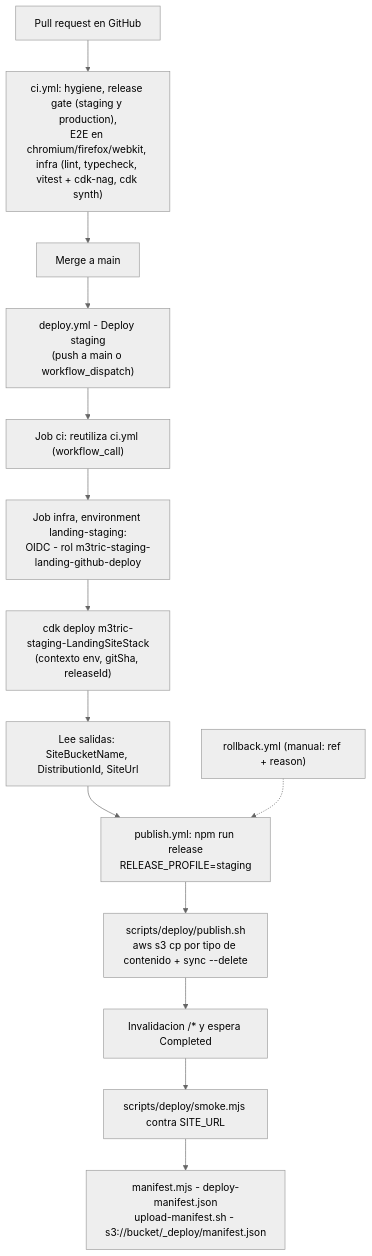
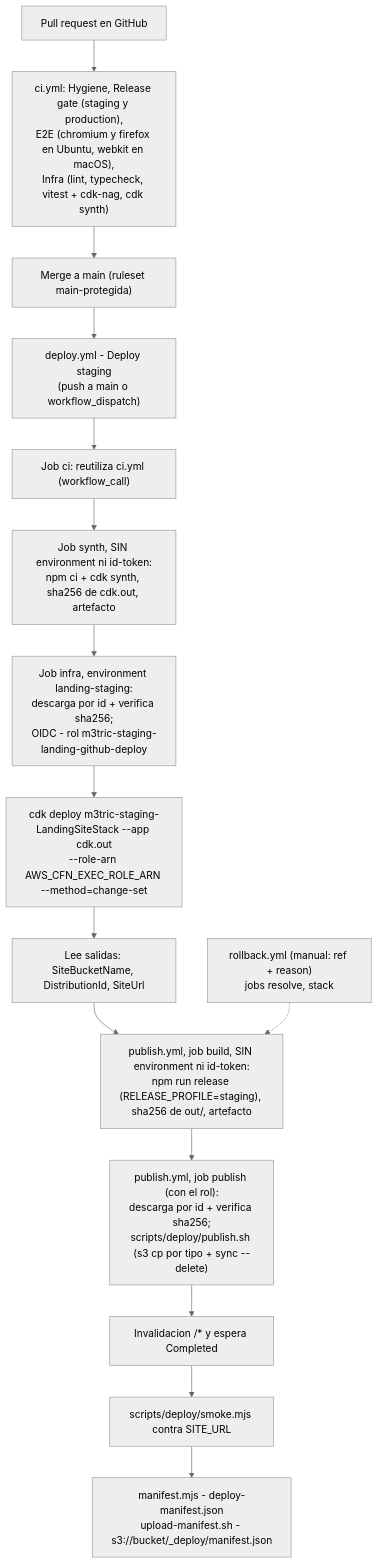
The diagram in docs/OPERACION.md (Alexic12/m3tric-landing), drawn with Mermaid (neutral theme) before and after one commit. The commit also changed other lines of this file and 17 other files, not shown here.

````diff
--- a/docs/OPERACION.md
+++ b/docs/OPERACION.md
@@ -24,17 +27,18 @@
 ```mermaid
 flowchart TD
-    PR["Pull request en GitHub"] --> CI["ci.yml: hygiene, release gate (staging y production),<br/>E2E en chromium/firefox/webkit, infra (lint, typecheck, vitest + cdk-nag, cdk synth)"]
-    CI --> MERGE["Merge a main"]
+    PR["Pull request en GitHub"] --> CI["ci.yml: Hygiene, Release gate (staging y production),<br/>E2E (chromium y firefox en Ubuntu, webkit en macOS),<br/>Infra (lint, typecheck, vitest + cdk-nag, cdk synth)"]
+    CI --> MERGE["Merge a main (ruleset main-protegida)"]
     MERGE --> DEPLOY["deploy.yml - Deploy staging<br/>(push a main o workflow_dispatch)"]
     DEPLOY --> CI2["Job ci: reutiliza ci.yml (workflow_call)"]
-    CI2 --> OIDC["Job infra, environment landing-staging:<br/>OIDC - rol m3tric-staging-landing-github-deploy"]
-    OIDC --> CDK["cdk deploy m3tric-staging-LandingSiteStack<br/>(contexto env, gitSha, releaseId)"]
+    CI2 --> SYNTH["Job synth, SIN environment ni id-token:<br/>npm ci + cdk synth, sha256 de cdk.out, artefacto"]
+    SYNTH --> OIDC["Job infra, environment landing-staging:<br/>descarga por id + verifica sha256;<br/>OIDC - rol m3tric-staging-landing-github-deploy"]
+    OIDC --> CDK["cdk deploy m3tric-staging-LandingSiteStack --app cdk.out<br/>--role-arn AWS_CFN_EXEC_ROLE_ARN --method=change-set"]
     CDK --> OUTS["Lee salidas: SiteBucketName, DistributionId, SiteUrl"]
-    OUTS --> REL["publish.yml: npm run release<br/>RELEASE_PROFILE=staging"]
-    REL --> PUBSH["scripts/deploy/publish.sh<br/>aws s3 cp por tipo de contenido + sync --delete"]
+    OUTS --> BUILD["publish.yml, job build, SIN environment ni id-token:<br/>npm run release (RELEASE_PROFILE=staging), sha256 de out/, artefacto"]
+    BUILD --> PUBSH["publish.yml, job publish (con el rol):<br/>descarga por id + verifica sha256;<br/>scripts/deploy/publish.sh (s3 cp por tipo + sync --delete)"]
     PUBSH --> INV["Invalidacion /* y espera Completed"]
     INV --> SMOKE["scripts/deploy/smoke.mjs contra SITE_URL"]
     SMOKE --> MAN["manifest.mjs - deploy-manifest.json<br/>upload-manifest.sh - s3://bucket/_deploy/manifest.json"]
 
-    ROLL["rollback.yml (manual: ref + reason)"] -.-> REL
+    ROLL["rollback.yml (manual: ref + reason)<br/>jobs resolve, stack"] -.-> BUILD
 ```
````
